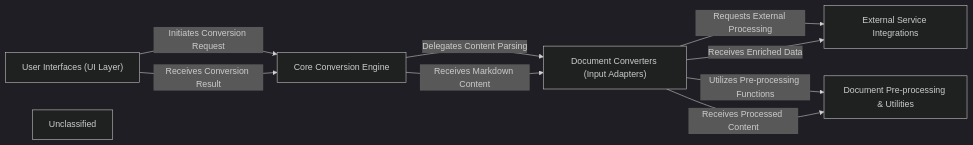
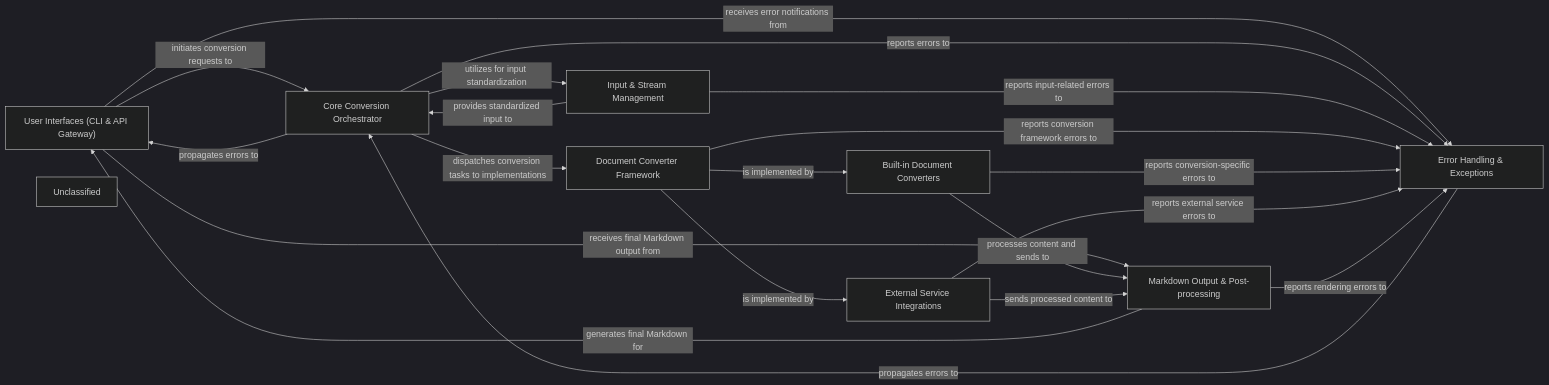
The diagram in markitdown/on_boarding.md (CodeBoarding/GeneratedOnBoardings), drawn with Mermaid (dark theme) before and after one commit. The commit also changed other lines of this file, not shown here.

````diff
--- a/markitdown/on_boarding.md
+++ b/markitdown/on_boarding.md
@@ -1,17 +1,31 @@
 ```mermaid
 graph LR
-    User_Interfaces_UI_Layer_["User Interfaces (UI Layer)"]
-    Core_Conversion_Engine["Core Conversion Engine"]
-    Document_Converters_Input_Adapters_["Document Converters (Input Adapters)"]
+    User_Interfaces_CLI_API_Gateway_["User Interfaces (CLI & API Gateway)"]
+    Core_Conversion_Orchestrator["Core Conversion Orchestrator"]
+    Input_Stream_Management["Input & Stream Management"]
+    Document_Converter_Framework["Document Converter Framework"]
+    Built_in_Document_Converters["Built-in Document Converters"]
     External_Service_Integrations["External Service Integrations"]
-    Document_Pre_processing_Utilities["Document Pre-processing & Utilities"]
+    Markdown_Output_Post_processing["Markdown Output & Post-processing"]
+    Error_Handling_Exceptions["Error Handling & Exceptions"]
     Unclassified["Unclassified"]
-    User_Interfaces_UI_Layer_ -- "Initiates Conversion Request" --> Core_Conversion_Engine
-    User_Interfaces_UI_Layer_ -- "Receives Conversion Result" --> Core_Conversion_Engine
-    Core_Conversion_Engine -- "Delegates Content Parsing" --> Document_Converters_Input_Adapters_
-    Core_Conversion_Engine -- "Receives Markdown Content" --> Document_Converters_Input_Adapters_
-    Document_Converters_Input_Adapters_ -- "Requests External Processing" --> External_Service_Integrations
-    Document_Converters_Input_Adapters_ -- "Receives Enriched Data" --> External_Service_Integrations
-    Document_Converters_Input_Adapters_ -- "Utilizes Pre-processing Functions" --> Document_Pre_processing_Utilities
-    Document_Converters_Input_Adapters_ -- "Receives Processed Content" --> Document_Pre_processing_Utilities
+    User_Interfaces_CLI_API_Gateway_ -- "initiates conversion requests to" --> Core_Conversion_Orchestrator
+    User_Interfaces_CLI_API_Gateway_ -- "receives final Markdown output from" --> Markdown_Output_Post_processing
+    User_Interfaces_CLI_API_Gateway_ -- "receives error notifications from" --> Error_Handling_Exceptions
+    Core_Conversion_Orchestrator -- "utilizes for input standardization" --> Input_Stream_Management
+    Core_Conversion_Orchestrator -- "dispatches conversion tasks to implementations" --> Document_Converter_Framework
+    Core_Conversion_Orchestrator -- "reports errors to" --> Error_Handling_Exceptions
+    Input_Stream_Management -- "provides standardized input to" --> Core_Conversion_Orchestrator
+    Input_Stream_Management -- "reports input-related errors to" --> Error_Handling_Exceptions
+    Document_Converter_Framework -- "is implemented by" --> Built_in_Document_Converters
+    Document_Converter_Framework -- "is implemented by" --> External_Service_Integrations
+    Document_Converter_Framework -- "reports conversion framework errors to" --> Error_Handling_Exceptions
+    Built_in_Document_Converters -- "processes content and sends to" --> Markdown_Output_Post_processing
+    Built_in_Document_Converters -- "reports conversion-specific errors to" --> Error_Handling_Exceptions
+    External_Service_Integrations -- "sends processed content to" --> Markdown_Output_Post_processing
+    External_Service_Integrations -- "reports external service errors to" --> Error_Handling_Exceptions
+    Markdown_Output_Post_processing -- "generates final Markdown for" --> User_Interfaces_CLI_API_Gateway_
+    Markdown_Output_Post_processing -- "reports rendering errors to" --> Error_Handling_Exceptions
+    Error_Handling_Exceptions -- "propagates errors to" --> Core_Conversion_Orchestrator
+    Core_Conversion_Orchestrator -- "propagates errors to" --> User_Interfaces_CLI_API_Gateway_
 ```
````
